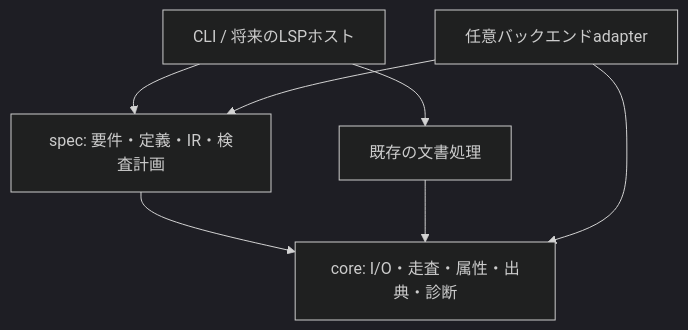
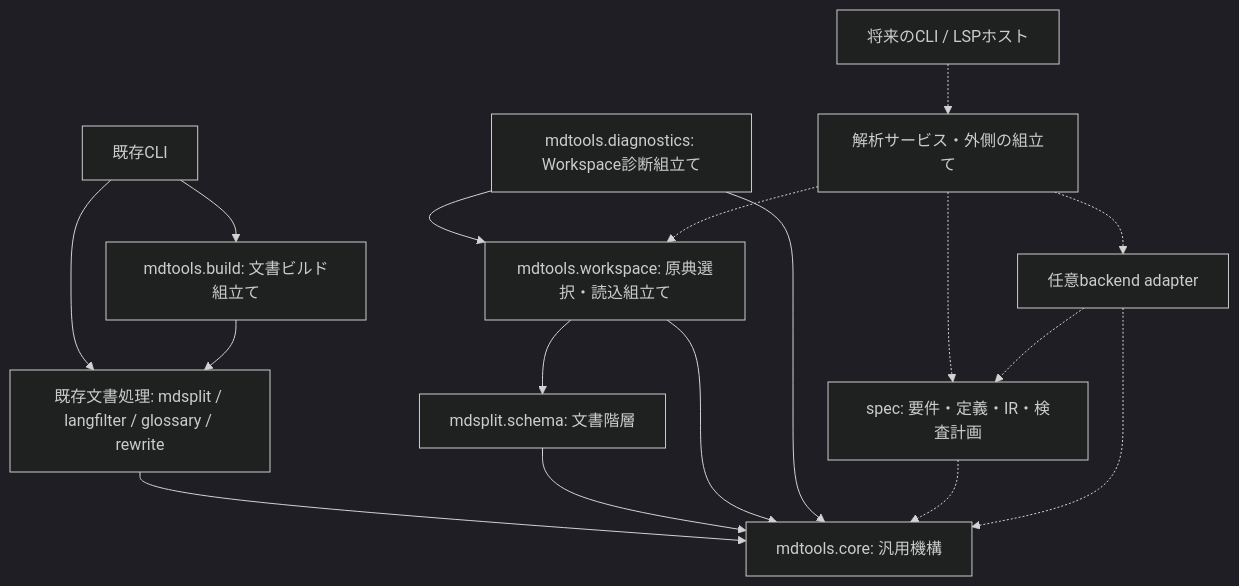
Before and after one commit to fischerimapig/mdtools: the second of 2 diagrams in docs/spec/contract-v1.md, drawn with Mermaid (dark theme). The commit also changed other lines of this file and 19 other files, not shown here.

````diff
--- a/docs/spec/contract-v1.md
+++ b/docs/spec/contract-v1.md
@@ -430,9 +432,19 @@
 ```mermaid
 flowchart TB
-    cli["CLI / 将来のLSPホスト"] --> spec["spec: 要件・定義・IR・検査計画"]
-    spec --> core["core: I/O・走査・属性・出典・診断"]
-    cli --> docs["既存の文書処理"]
-    docs --> core
-    adapters["任意バックエンドadapter"] --> spec
-    adapters --> core
+    cli["既存CLI"] --> build["mdtools.build: 文書ビルド組立て"]
+    cli --> docs["既存文書処理: mdsplit / langfilter / glossary / rewrite"]
+    build --> docs
+    docs --> core["mdtools.core: 汎用機構"]
+    workspace["mdtools.workspace: 原典選択・読込組立て"] --> tree["mdsplit.schema: 文書階層"]
+    tree --> core
+    workspace --> core
+    diagnostics["mdtools.diagnostics: Workspace診断組立て"] --> workspace
+    diagnostics --> core
+    hosts["将来のCLI / LSPホスト"] -.-> service["解析サービス・外側の組立て"]
+    service -.-> workspace
+    service -.-> spec["spec: 要件・定義・IR・検査計画"]
+    service -.-> adapters["任意backend adapter"]
+    spec -.-> core
+    adapters -.-> spec
+    adapters -.-> core
 ```
````
